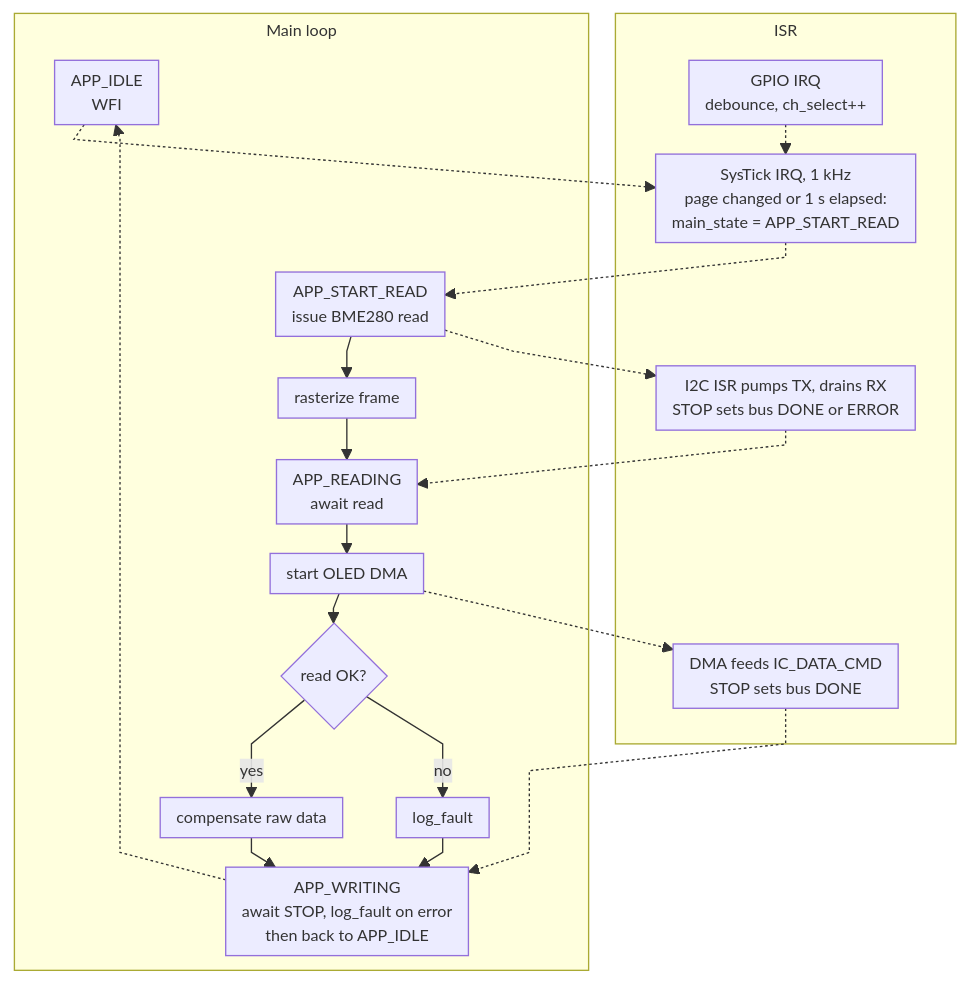
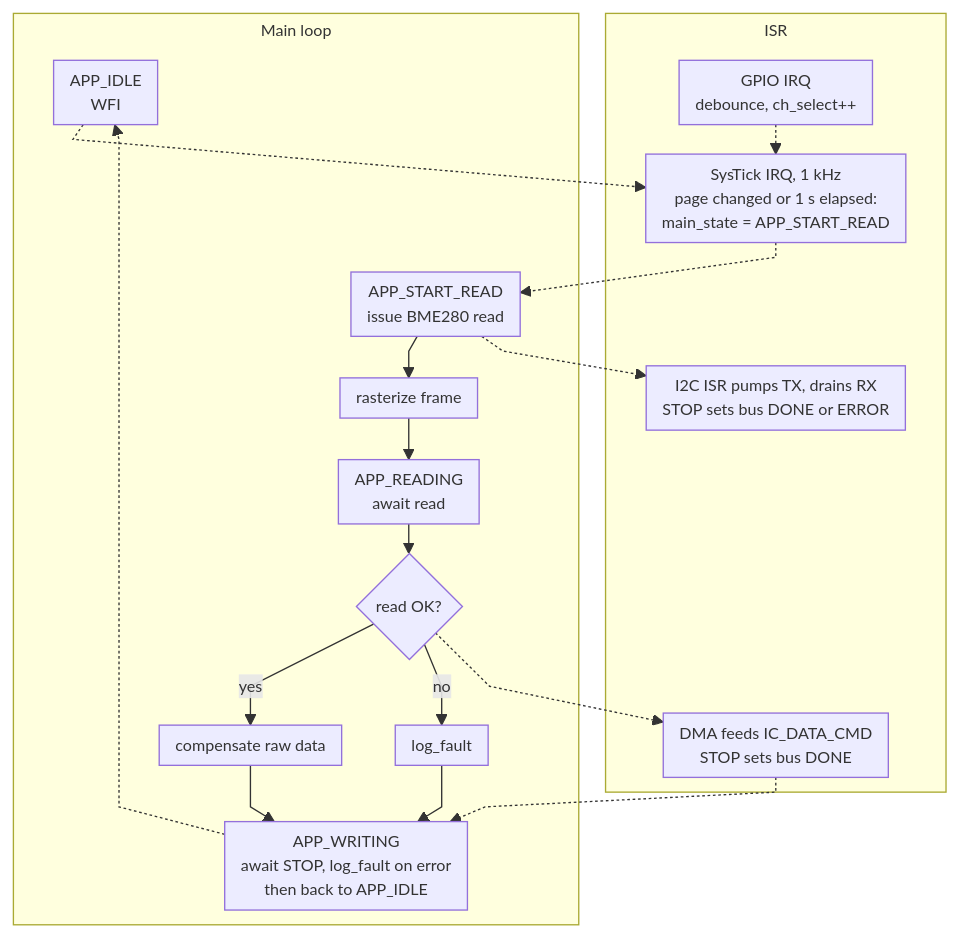
One commit to Vasilis-Narain/rp2350-baremetal-weather-station changed the diagram in README.md. Above: the diagram before and after it, drawn with Mermaid. The commit also changed 1 other file, not shown here.

````diff
--- a/README.md
+++ b/README.md
@@ -57,31 +57,29 @@
 ```mermaid
 %%{init: {"themeVariables": {"fontSize": "12px"}, "flowchart": {"nodeSpacing": 40, "rankSpacing": 22, "padding": 6, "diagramPadding": 10, "curve": "linear", "subGraphTitleMargin": {"top": 4, "bottom": 20}}}}%%
 flowchart TB
     subgraph MAIN["Main loop"]
         I["APP_IDLE<br/>WFI"]
         S["APP_START_READ<br/>issue BME280 read"] --> R["rasterize frame"]
         R --> RD["APP_READING<br/>await read"]
-        RD --> DMA["start OLED DMA"]
-        DMA --> OK{"read OK?"}
+        RD --> OK{"read OK?"}
         OK -- yes --> C["compensate raw data"]
         OK -- no --> LF["log_fault"]
         C --> W["APP_WRITING<br/>await STOP, log_fault on error<br/>then back to APP_IDLE"]
         LF --> W
     end
 
     subgraph ISR 
         BTN["GPIO IRQ<br/>debounce, ch_select++"]
         SYS["SysTick IRQ, 1 kHz<br/>page changed or 1 s elapsed:<br/>main_state = APP_START_READ"]
         ISR["I2C ISR pumps TX, drains RX<br/>STOP sets bus DONE or ERROR"]
         DF["DMA feeds IC_DATA_CMD<br/>STOP sets bus DONE"]
     end
 
     I -.-> SYS
     BTN -.-> SYS
     SYS -.-> S
     S -.-> ISR
-    ISR -.-> RD
-    DMA -.-> DF
     DF -.-> W
     W -.->I
+OK -.-> DF
 ```
````
